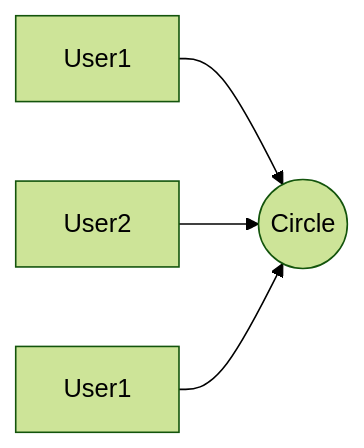
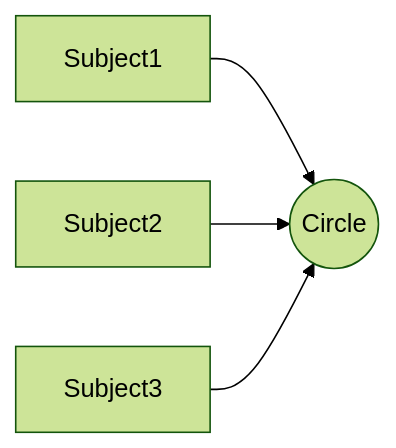
One commit to gZeyu/note changed the diagram in 个人博客/note/RBAC模型的数据库设计.md. Above: the diagram before and after it, drawn with Mermaid (forest theme). The commit also changed other lines of this file, not shown here.

Commit message:
个人博客/note/RBAC模型的数据库设计.md updated from https://stackedit.io/

````diff
--- a/个人博客/note/RBAC模型的数据库设计.md
+++ b/个人博客/note/RBAC模型的数据库设计.md
@@ -5,7 +5,7 @@
 ```mermaid
 graph LR
-Subject1[User1] --> B((Circle))
-Subject2[User2] --> B((Circle))
-Subject3[User1] --> B((Circle))
+Subject1[Subject1] --> B((Circle))
+Subject2[Subject2] --> B((Circle))
+Subject3[Subject3] --> B((Circle))
 
 ```
````
